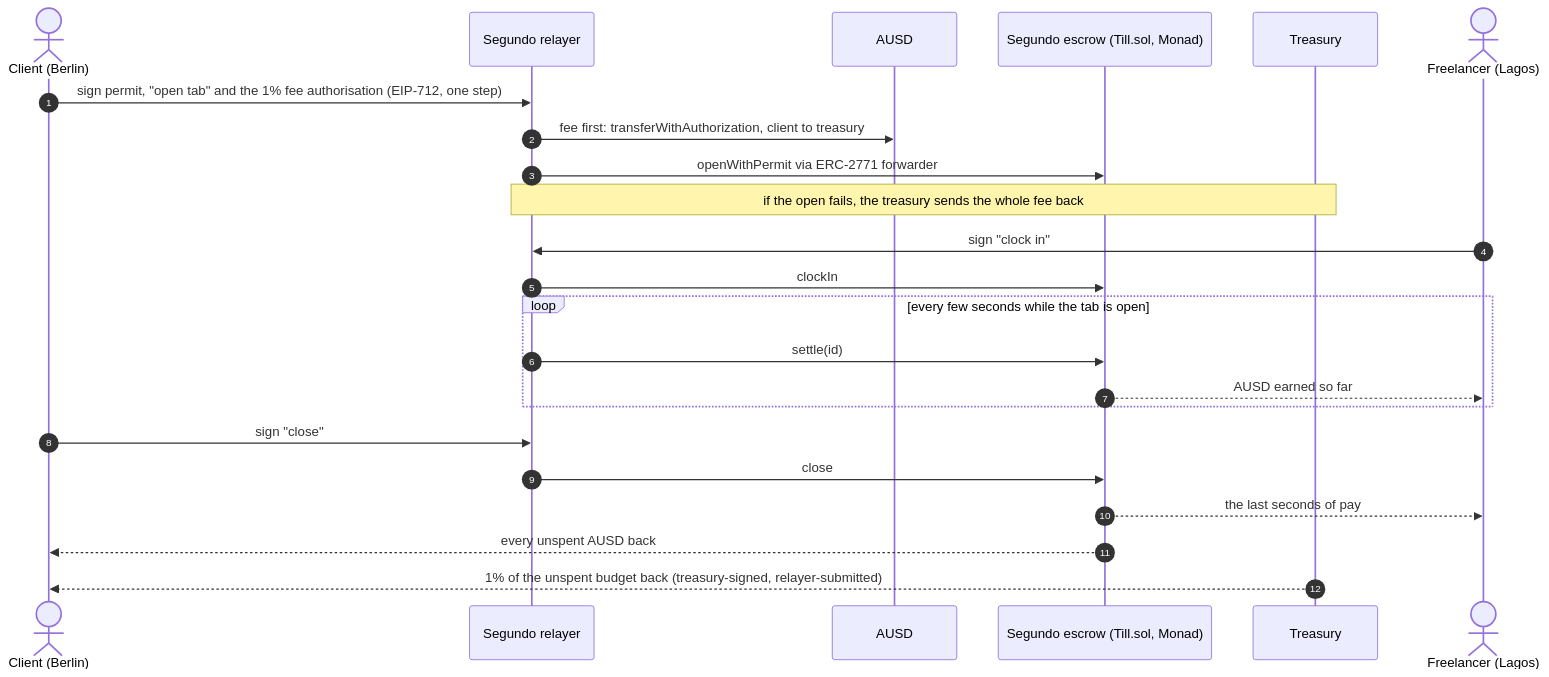
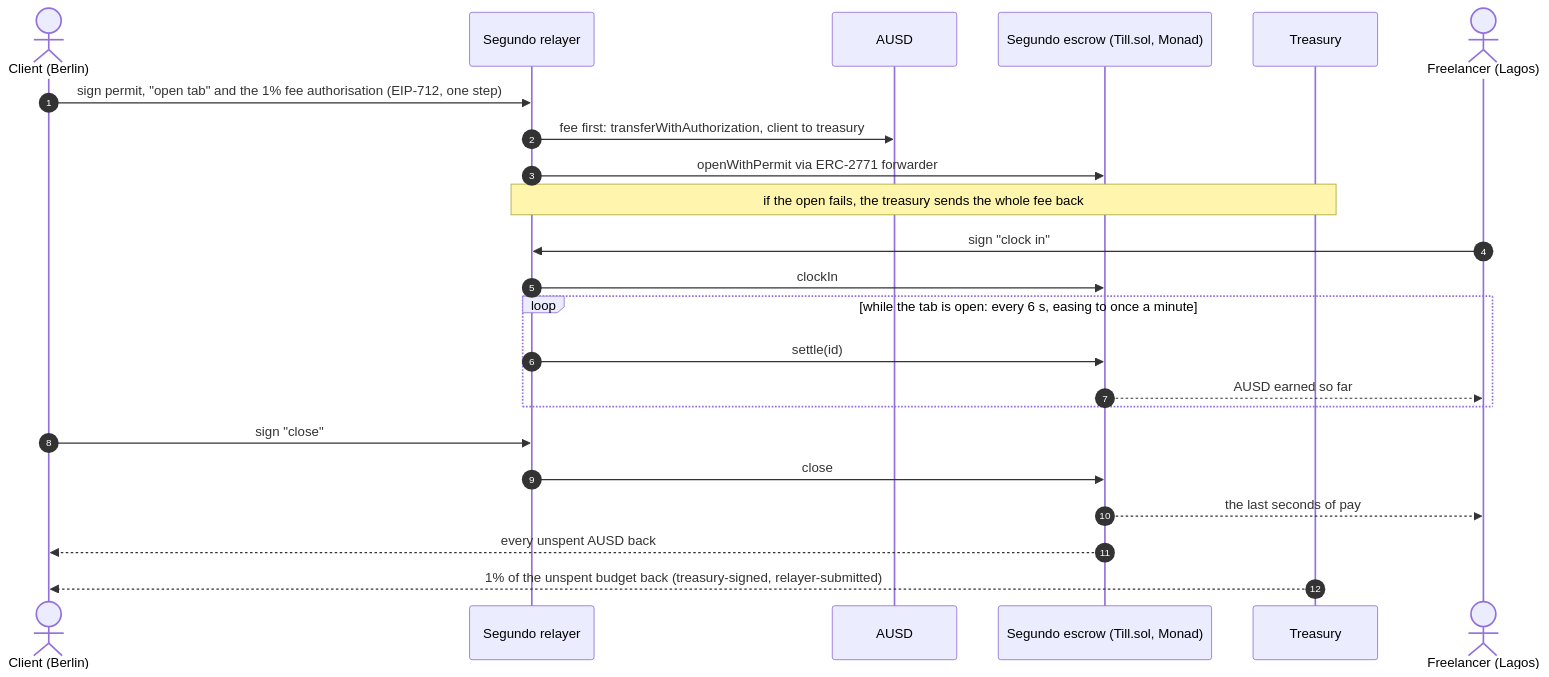
The first of 2 diagrams in README.md (RohanGlitched/segundo), drawn with Mermaid before and after one commit. The commit also changed other lines of this file and 124 other files, not shown here.

````diff
--- a/README.md
+++ b/README.md
@@ -89,25 +89,25 @@
 ```mermaid
 sequenceDiagram
     autonumber
     actor C as Client (Berlin)
     participant R as Segundo relayer
     participant A as AUSD
     participant T as Segundo escrow (Till.sol, Monad)
     participant Y as Treasury
     actor F as Freelancer (Lagos)
     C->>R: sign permit, "open tab" and the 1% fee authorisation (EIP-712, one step)
     R->>A: fee first: transferWithAuthorization, client to treasury
     R->>T: openWithPermit via ERC-2771 forwarder
     Note over R,Y: if the open fails, the treasury sends the whole fee back
     F->>R: sign "clock in"
     R->>T: clockIn
-    loop every few seconds while the tab is open
+    loop while the tab is open: every 6 s, easing to once a minute
         R->>T: settle(id)
         T-->>F: AUSD earned so far
     end
     C->>R: sign "close"
     R->>T: close
     T-->>F: the last seconds of pay
     T-->>C: every unspent AUSD back
     Y-->>C: 1% of the unspent budget back (treasury-signed, relayer-submitted)
 ```
````
